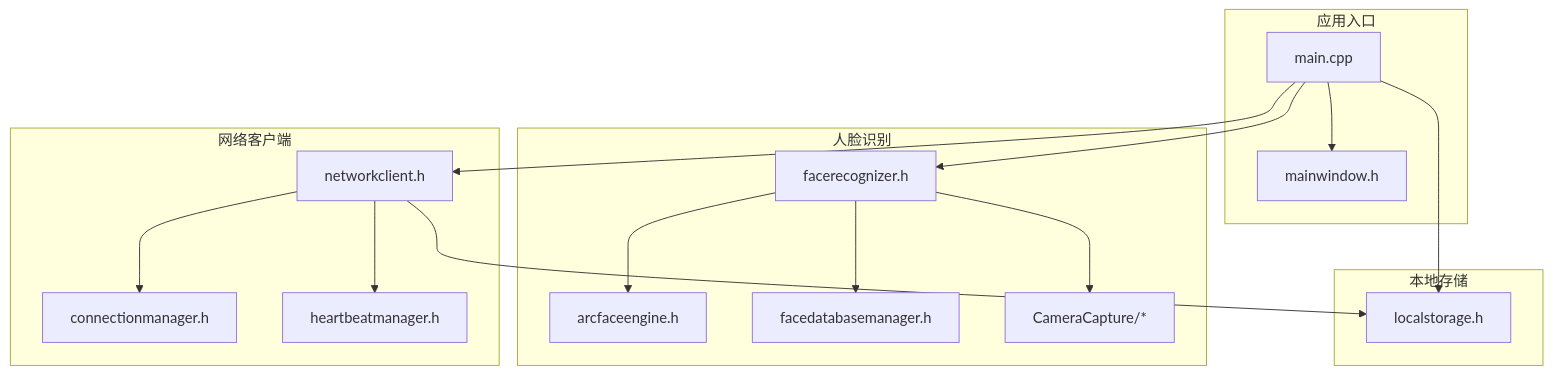
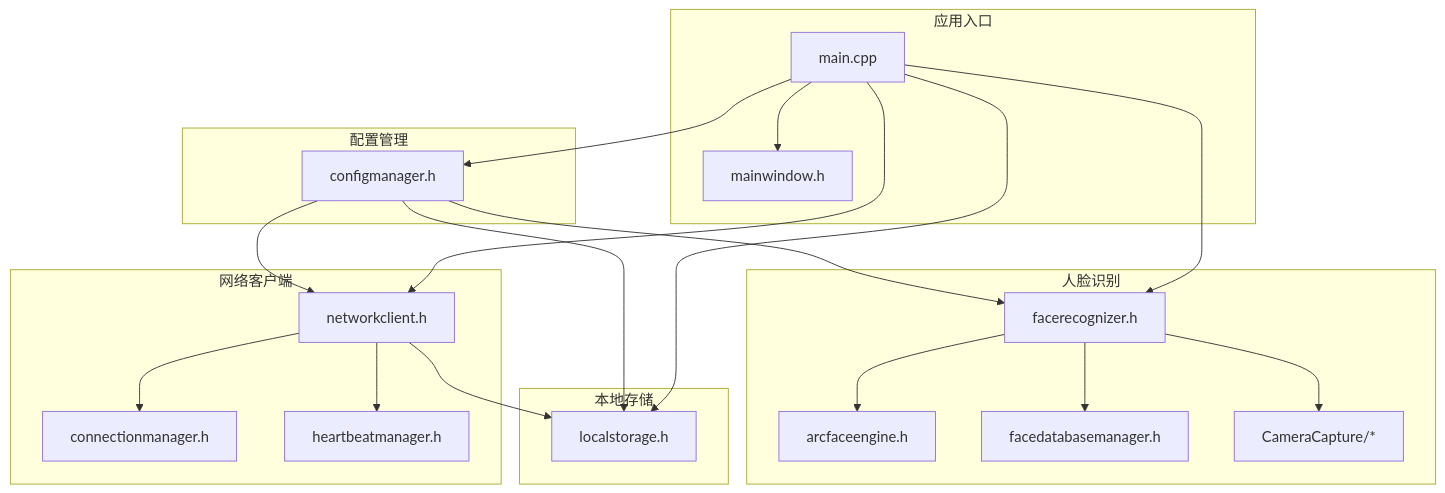
One commit to HeQiTZD/Triple-terminal-Attendance-Punching-System changed the second of 6 diagrams in .qoder/repowiki/zh/content/测试与调试.md. Above: the diagram before and after it, drawn with Mermaid. The commit also changed other lines of this file and 70 other files, not shown here.

````diff
--- a/.qoder/repowiki/zh/content/测试与调试.md
+++ b/.qoder/repowiki/zh/content/测试与调试.md
@@ -83,31 +107,38 @@
 ```mermaid
 graph TB
 subgraph "应用入口"
 M["main.cpp"]
 W["mainwindow.h"]
 end
 subgraph "人脸识别"
 FR["facerecognizer.h"]
 AE["arcfaceengine.h"]
 FDB["facedatabasemanager.h"]
 CC["CameraCapture/*"]
 end
 subgraph "网络客户端"
 NC["networkclient.h"]
 CM["connectionmanager.h"]
 HB["heartbeatmanager.h"]
 end
 subgraph "本地存储"
 LS["localstorage.h"]
 end
+subgraph "配置管理"
+CFG["configmanager.h"]
+end
 M --> W
 M --> FR
 FR --> CC
 FR --> AE
 FR --> FDB
 M --> NC
 NC --> CM
 NC --> HB
 M --> LS
 NC --> LS
+M --> CFG
+CFG --> LS
+CFG --> NC
+CFG --> FR
 ```
````
